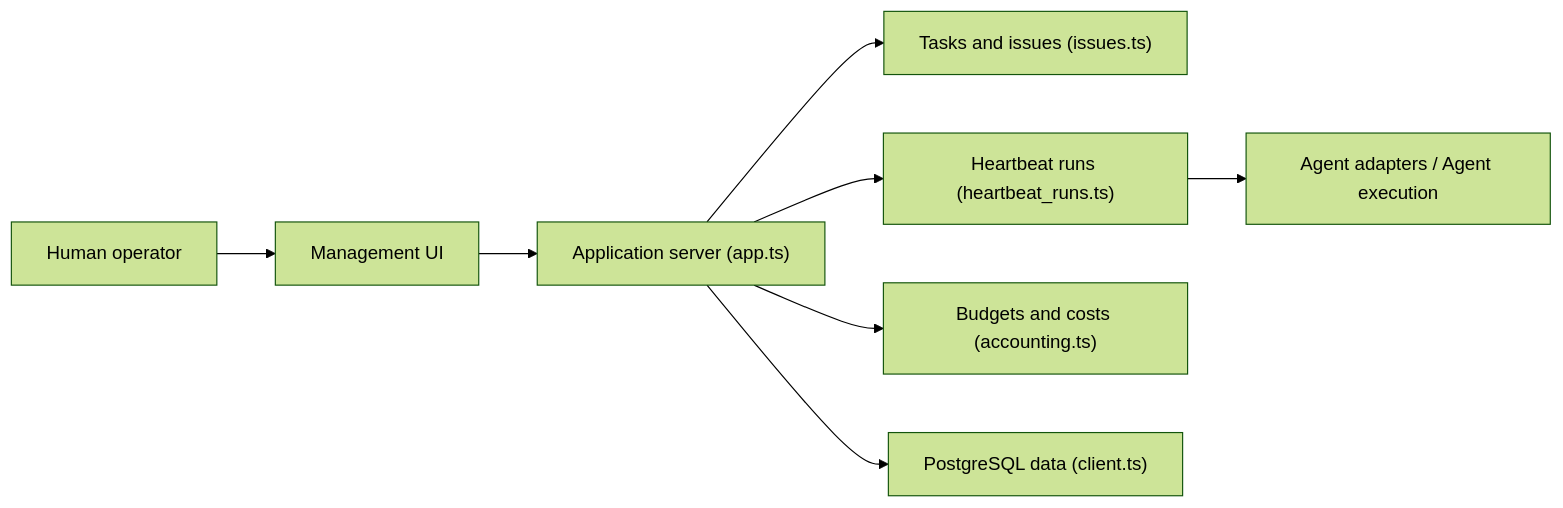
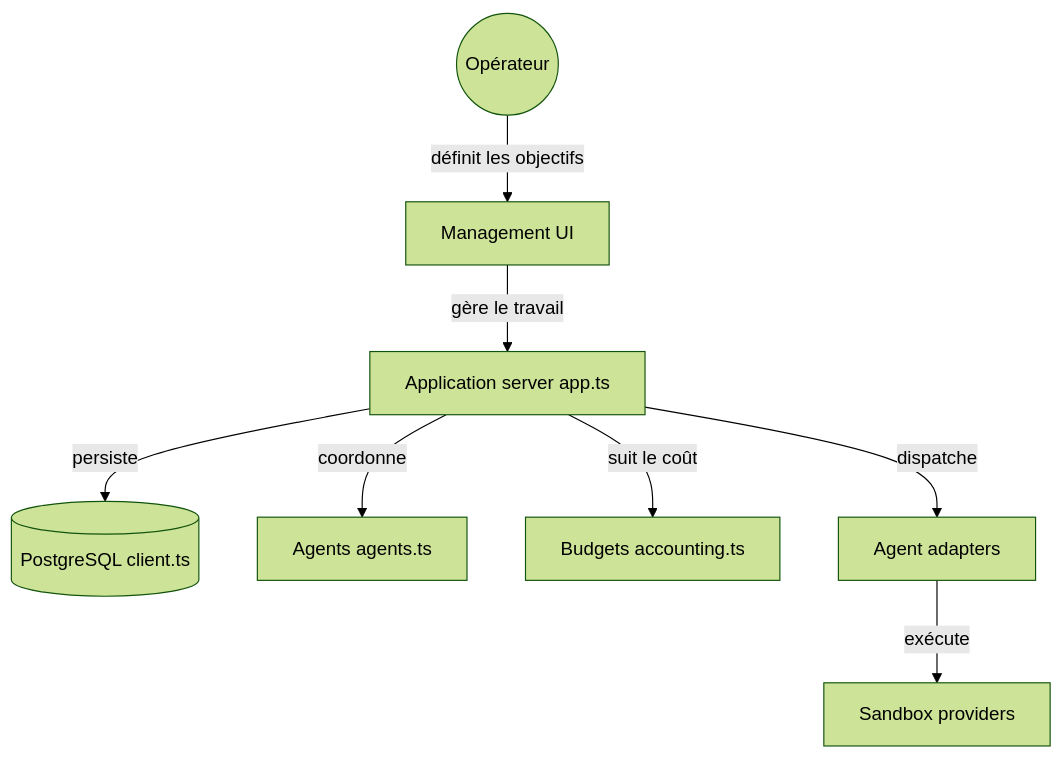
Before and after one commit to floSa/Veille-Repo: the diagram in veille/.data/fiches/paperclipai__paperclip.md, drawn with Mermaid (forest theme). The commit also changed other lines of this file and 1330 other files, not shown here.

First line of the commit message:
Mise à jour du catalogue : 7723 fiches, 7291 diagrammes

````diff
--- a/veille/.data/fiches/paperclipai__paperclip.md
+++ b/veille/.data/fiches/paperclipai__paperclip.md
@@ -27,10 +27,10 @@
 ```mermaid
-flowchart LR
-  A["Human operator"] --> B["Management UI"]
-  B --> C["Application server (app.ts)"]
-  C --> D["Tasks and issues (issues.ts)"]
-  C --> E["Heartbeat runs (heartbeat_runs.ts)"]
-  E --> F["Agent adapters / Agent execution"]
-  C --> G["Budgets and costs (accounting.ts)"]
-  C --> H["PostgreSQL data (client.ts)"]
+flowchart TD
+  op(("Opérateur")) -->|"définit les objectifs"| ui["Management UI"]
+  ui -->|"gère le travail"| srv["Application server app.ts"]
+  srv -->|"persiste"| db[("PostgreSQL client.ts")]
+  srv -->|"coordonne"| agents["Agents agents.ts"]
+  srv -->|"suit le coût"| bud["Budgets accounting.ts"]
+  srv -->|"dispatche"| adp["Agent adapters"]
+  adp -->|"exécute"| sbx["Sandbox providers"]
 ```
````
